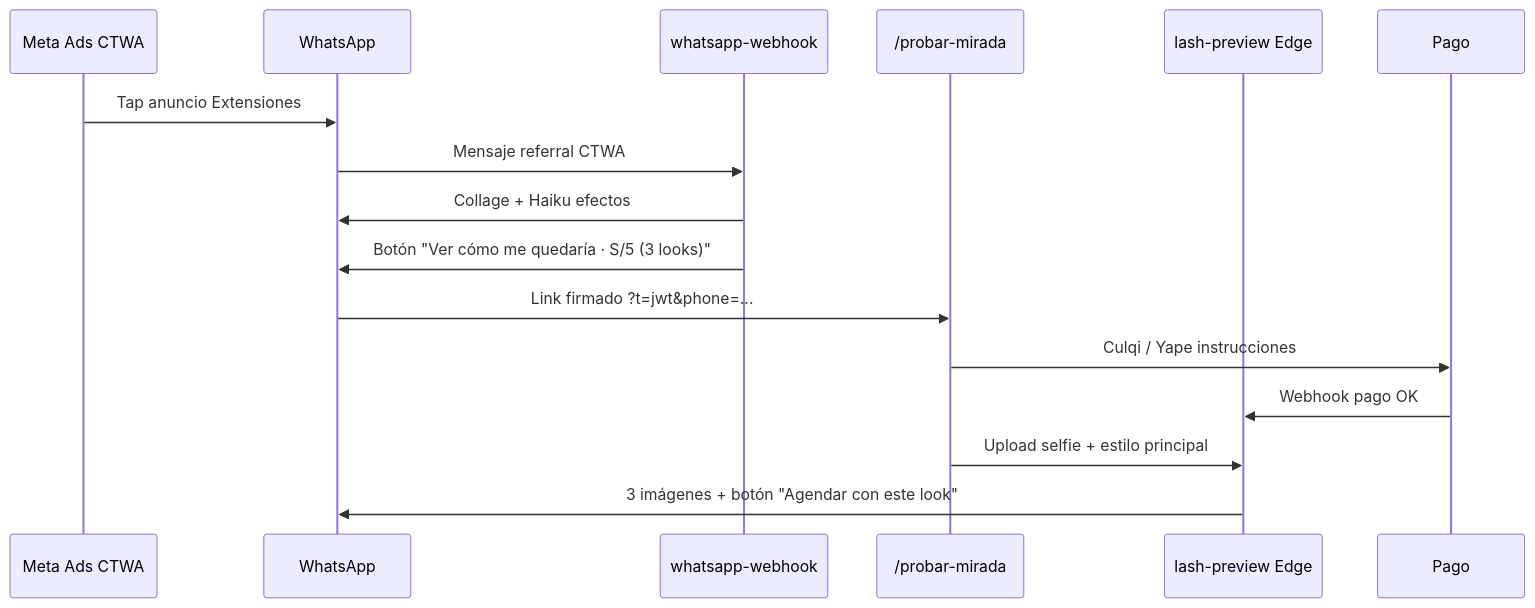
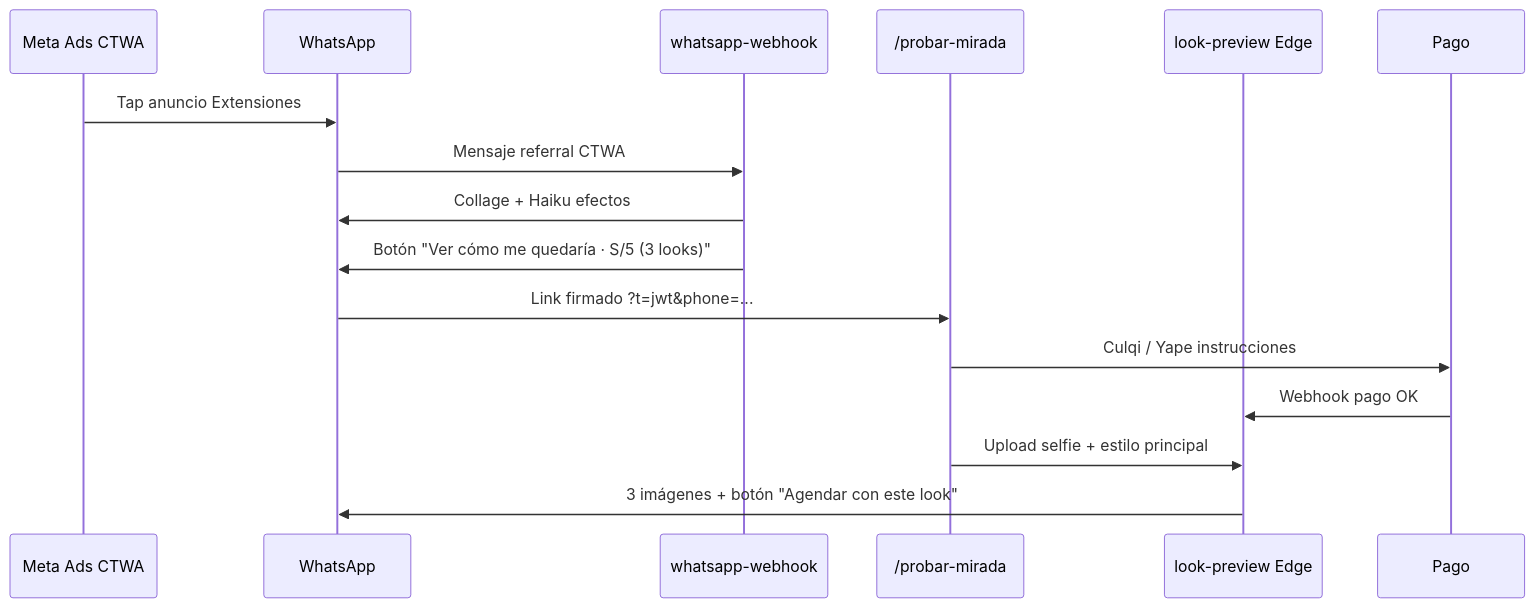
The diagram in docs/geemastudio/docs/plans/06-PLAN-preview-virtual-extensiones-ctwa.md (aeom0/zm-tech), drawn with Mermaid before and after one commit. The commit also changed other lines of this file and 57 other files, not shown here.

````diff
--- a/docs/geemastudio/docs/plans/06-PLAN-preview-virtual-extensiones-ctwa.md
+++ b/docs/geemastudio/docs/plans/06-PLAN-preview-virtual-extensiones-ctwa.md
@@ -122,19 +122,19 @@
 ```mermaid
 sequenceDiagram
   participant Ads as Meta Ads CTWA
   participant WA as WhatsApp
   participant Bot as whatsapp-webhook
   participant Web as /probar-mirada
-  participant API as lash-preview Edge
+  participant API as look-preview Edge
   participant Pay as Pago
 
   Ads->>WA: Tap anuncio Extensiones
   WA->>Bot: Mensaje referral CTWA
   Bot->>WA: Collage + Haiku efectos
   Bot->>WA: Botón "Ver cómo me quedaría · S/5 (3 looks)"
   WA->>Web: Link firmado ?t=jwt&phone=...
   Web->>Pay: Culqi / Yape instrucciones
   Pay->>API: Webhook pago OK
   Web->>API: Upload selfie + estilo principal
   API->>WA: 3 imágenes + botón "Agendar con este look"
 ```
````
